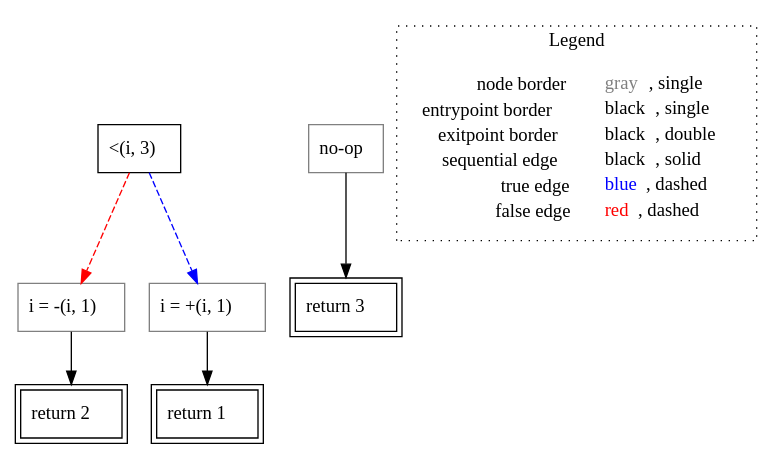
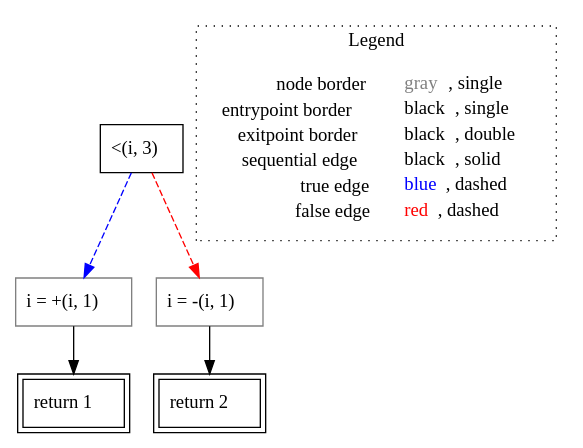
The diagram in go-lisa/test-outputs/cfg/return/untyped_~LiSAProgram.returnInIfStmt2(int_i).dot (lisa-analyzer/go-lisa), drawn with Graphviz before and after one commit. The commit also changed 27 other files, not shown here.

```diff
--- a/go-lisa/test-outputs/cfg/return/untyped_~LiSAProgram.returnInIfStmt2(int_i).dot
+++ b/go-lisa/test-outputs/cfg/return/untyped_~LiSAProgram.returnInIfStmt2(int_i).dot
@@ -1,21 +1,18 @@
 digraph {
 	"node0" [shape="rect",color="black",label=<&lt;(i, 3)>];
-	"node1" [shape="rect",color="black",peripheries="2",label=<return 1>];
+	"node1" [shape="rect",color="gray",label=<i = +(i, 1)>];
 	"node2" [shape="rect",color="gray",label=<i = -(i, 1)>];
-	"node3" [shape="rect",color="black",peripheries="2",label=<return 3>];
-	"node4" [shape="rect",color="black",peripheries="2",label=<return 2>];
-	"node5" [shape="rect",color="gray",label=<no-op>];
-	"node6" [shape="rect",color="gray",label=<i = +(i, 1)>];
-	"node2" -> "node4" [color="black"];
+	"node3" [shape="rect",color="black",peripheries="2",label=<return 2>];
+	"node4" [shape="rect",color="black",peripheries="2",label=<return 1>];
+	"node1" -> "node4" [color="black"];
+	"node2" -> "node3" [color="black"];
+	"node0" -> "node1" [color="blue",style="dashed"];
 	"node0" -> "node2" [color="red",style="dashed"];
-	"node0" -> "node6" [color="blue",style="dashed"];
-	"node5" -> "node3" [color="black"];
-	"node6" -> "node1" [color="black"];
 subgraph cluster_legend {
 	label="Legend";
 	style=dotted;
 	node [shape=plaintext];
 	"legend" [label=<<table border="0" cellpadding="2" cellspacing="0" cellborder="0"><tr><td align="right">node border&nbsp;</td><td align="left"><font color="gray">gray</font>, single</td></tr><tr><td align="right">entrypoint border&nbsp;</td><td align="left"><font color="black">black</font>, single</td></tr><tr><td align="right">exitpoint border&nbsp;</td><td align="left"><font color="black">black</font>, double</td></tr><tr><td align="right">sequential edge&nbsp;</td><td align="left"><font color="black">black</font>, solid</td></tr><tr><td align="right">true edge&nbsp;</td><td align="left"><font color="blue">blue</font>, dashed</td></tr><tr><td align="right">false edge&nbsp;</td><td align="left"><font color="red">red</font>, dashed</td></tr></table>>];
 }
 
 }
```
